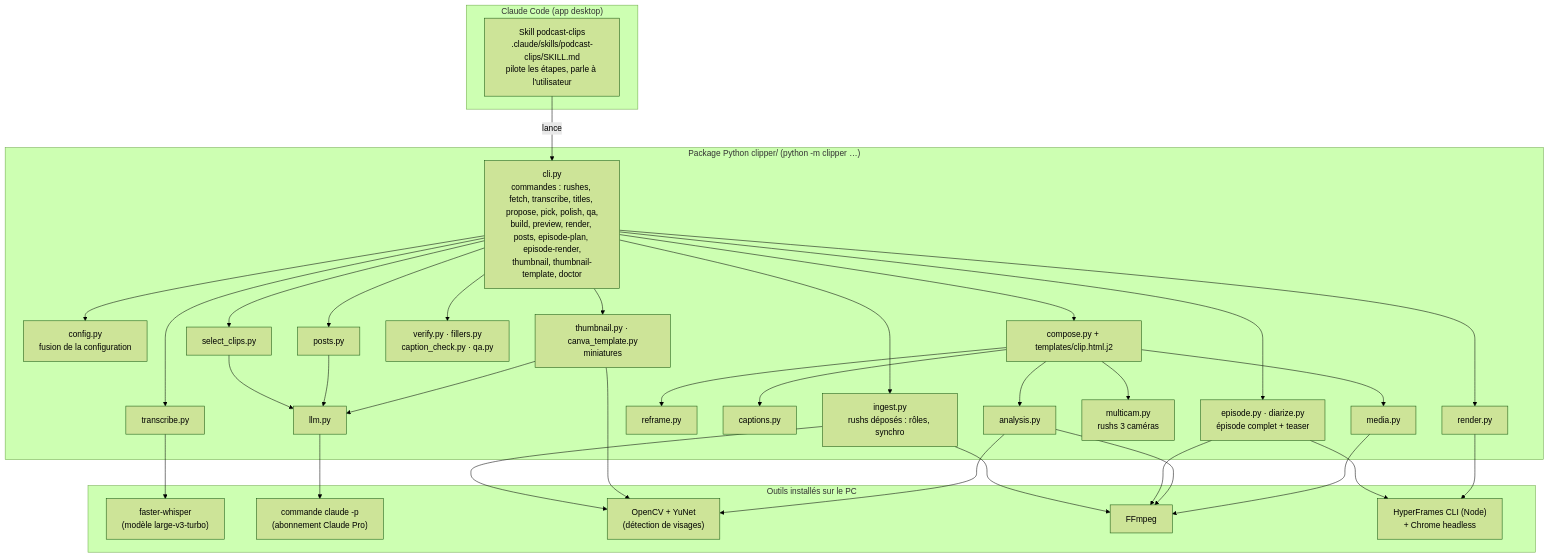
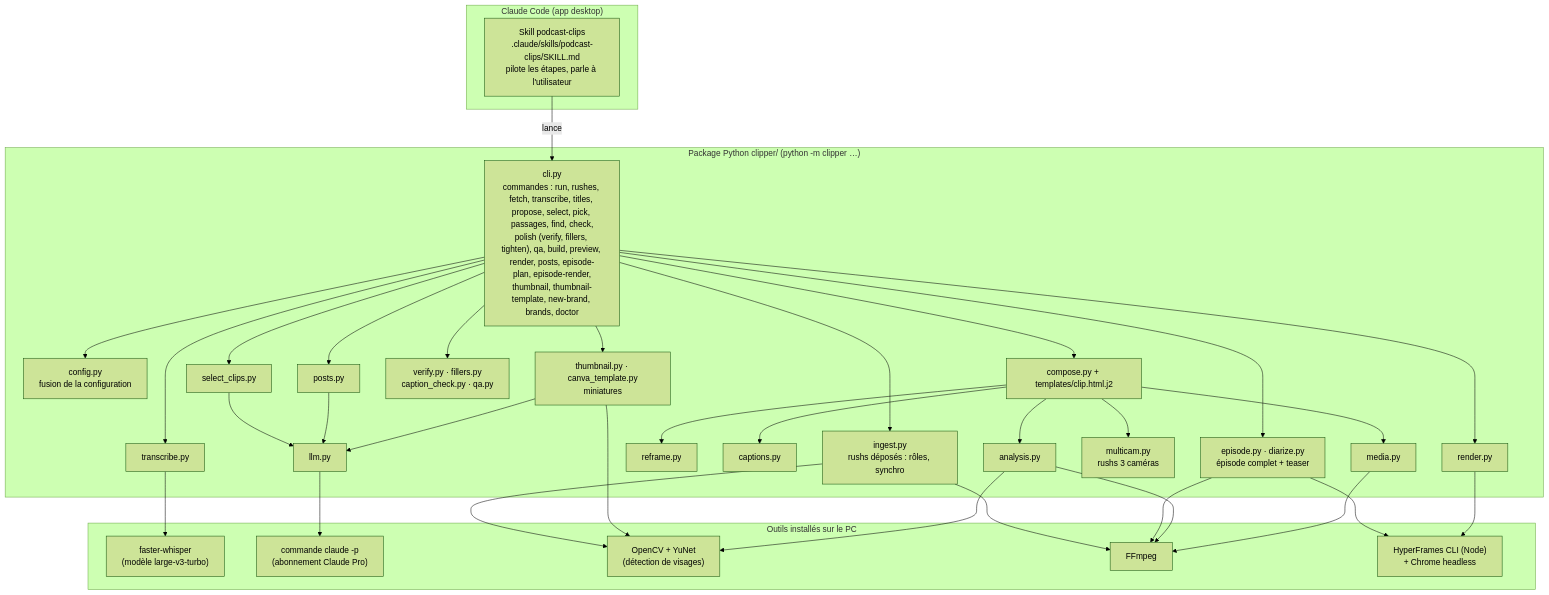
Before and after one commit to arthurw31/podcast-clipper: the first of 3 diagrams in docs/ARCHITECTURE.md, drawn with Mermaid (forest theme). The commit also changed 7 other files, not shown here.

First line of the commit message:
Miniature choisie par l'équipe (thumbnail --pick) ; le schéma suit le process (docs/schema.html + check_schema.py)

````diff
--- a/docs/ARCHITECTURE.md
+++ b/docs/ARCHITECTURE.md
@@ -8,51 +8,51 @@
 ```mermaid
 flowchart TB
     subgraph CC["Claude Code (app desktop)"]
         SK["Skill podcast-clips<br/>.claude/skills/podcast-clips/SKILL.md<br/>pilote les étapes, parle à l'utilisateur"]
     end
 
     subgraph PY["Package Python clipper/ (python -m clipper …)"]
-        CLI["cli.py<br/>commandes : rushes, fetch, transcribe, titles, propose, pick, polish, qa,<br/>build, preview, render, posts, episode-plan, episode-render,<br/>thumbnail, thumbnail-template, doctor"]
+        CLI["cli.py<br/>commandes : run, rushes, fetch, transcribe, titles, propose, select, pick, passages, find, check,<br/>polish (verify, fillers, tighten), qa, build, preview, render, posts, episode-plan, episode-render,<br/>thumbnail, thumbnail-template, new-brand, brands, doctor"]
         CFG["config.py<br/>fusion de la configuration"]
         TR["transcribe.py"]
         SEL["select_clips.py"]
         LLM["llm.py"]
         AN["analysis.py"]
         RF["reframe.py"]
         CAP["captions.py"]
         CO["compose.py + templates/clip.html.j2"]
         MED["media.py"]
         REN["render.py"]
         PO["posts.py"]
         MC["multicam.py<br/>rushs 3 caméras"]
         IG["ingest.py<br/>rushs déposés : rôles, synchro"]
         CHK["verify.py · fillers.py<br/>caption_check.py · qa.py"]
         EPI["episode.py · diarize.py<br/>épisode complet + teaser"]
         TH["thumbnail.py · canva_template.py<br/>miniatures"]
     end
 
     subgraph EXT["Outils installés sur le PC"]
         WH["faster-whisper<br/>(modèle large-v3-turbo)"]
         CL["commande claude -p<br/>(abonnement Claude Pro)"]
         CV["OpenCV + YuNet<br/>(détection de visages)"]
         FF["FFmpeg"]
         HF["HyperFrames CLI (Node)<br/>+ Chrome headless"]
     end
 
     SK -->|lance| CLI
     CLI --> CFG
     CLI --> TR & SEL & CO & REN & PO
     TR --> WH
     SEL --> LLM
     PO --> LLM
     LLM --> CL
     CLI --> CHK & EPI & TH & IG
     IG --> CV & FF
     CO --> AN & RF & CAP & MED & MC
     EPI --> FF & HF
     TH --> LLM & CV
     AN --> CV
     AN --> FF
     MED --> FF
     REN --> HF
 ```
````
